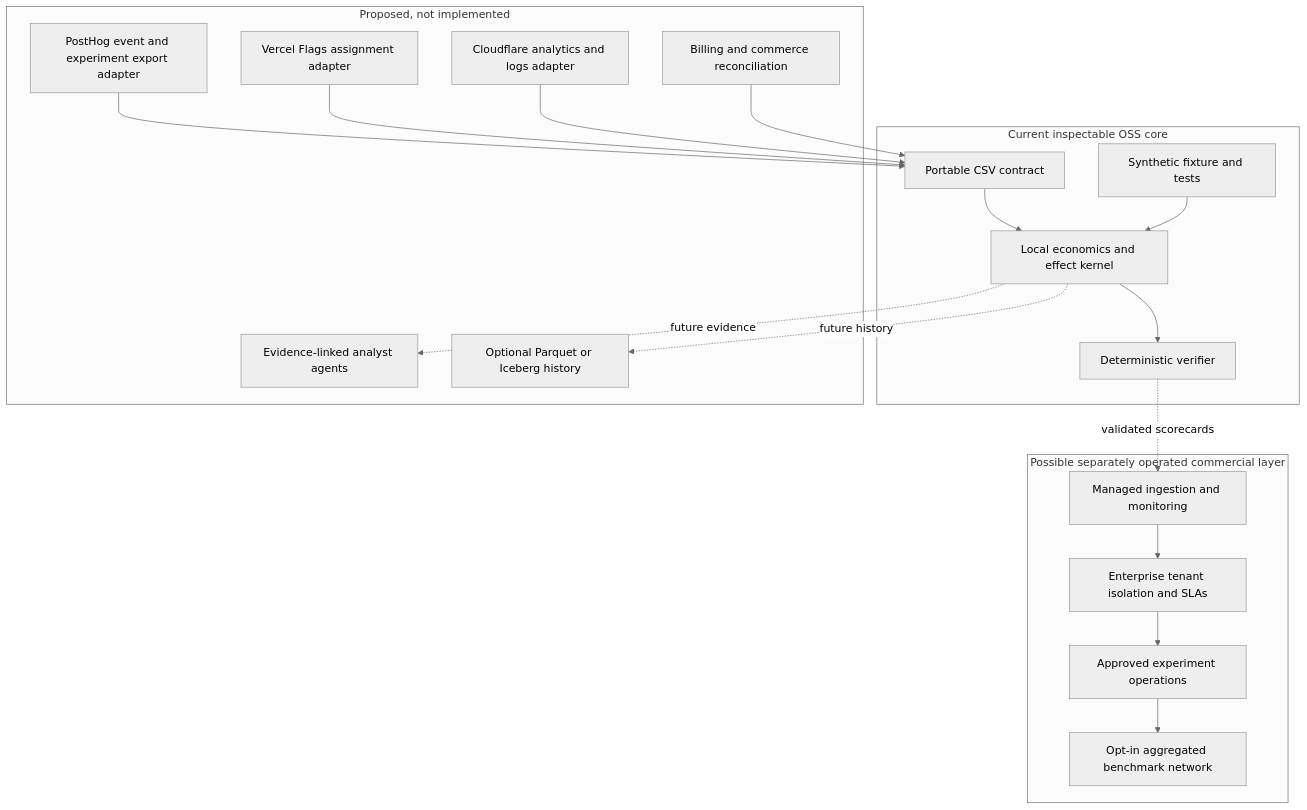
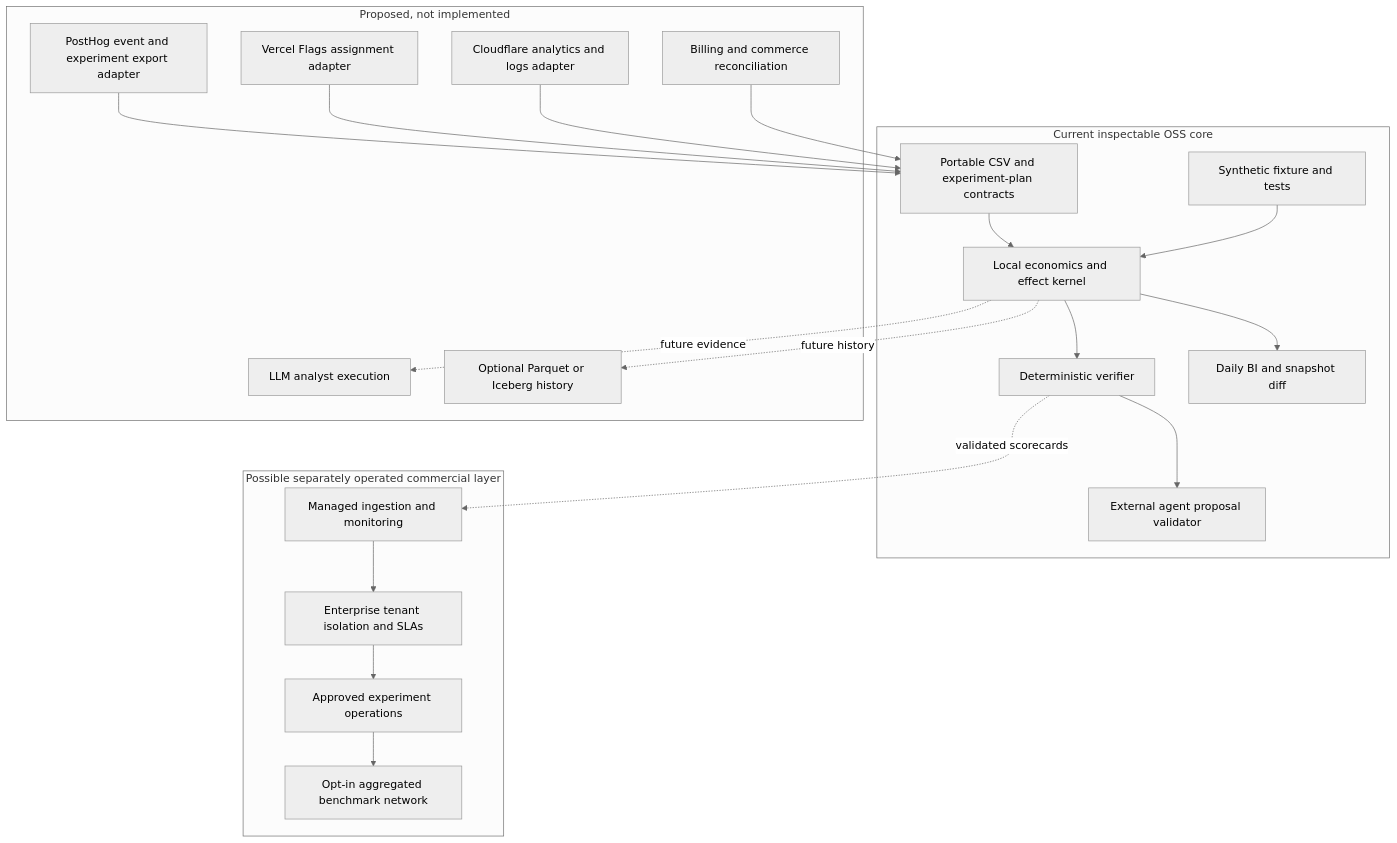
Before and after one commit to AAH20/growth-decision-engine: the second of 2 diagrams in README.md, drawn with Mermaid (neutral theme). The commit also changed other lines of this file and 18 other files, not shown here.

Commit message:
Expand measurement kernel with plans BI and agent evidence contracts

````diff
--- a/README.md
+++ b/README.md
@@ -66,33 +77,37 @@
 ```mermaid
 flowchart TB
     subgraph OSS[Current inspectable OSS core]
-        CSV[Portable CSV contract]
+        CSV[Portable CSV and experiment-plan contracts]
         K[Local economics and effect kernel]
         VER[Deterministic verifier]
+        BI[Daily BI and snapshot diff]
+        PROP[External agent proposal validator]
         FIX[Synthetic fixture and tests]
         CSV --> K --> VER
+        K --> BI
+        VER --> PROP
         FIX --> K
     end
     subgraph Next[Proposed, not implemented]
         P[PostHog event and experiment export adapter]
         F[Vercel Flags assignment adapter]
         W[Cloudflare analytics and logs adapter]
         B[Billing and commerce reconciliation]
-        AG[Evidence-linked analyst agents]
+        AG[LLM analyst execution]
         ICE[Optional Parquet or Iceberg history]
     end
     subgraph Commercial[Possible separately operated commercial layer]
         MAN[Managed ingestion and monitoring]
         TEN[Enterprise tenant isolation and SLAs]
         OPT[Approved experiment operations]
         NET[Opt-in aggregated benchmark network]
     end
     P --> CSV
     F --> CSV
     W --> CSV
     B --> CSV
     K -. future evidence .-> AG
     K -. future history .-> ICE
     VER -. validated scorecards .-> MAN
     MAN --> TEN --> OPT --> NET
 ```
````
